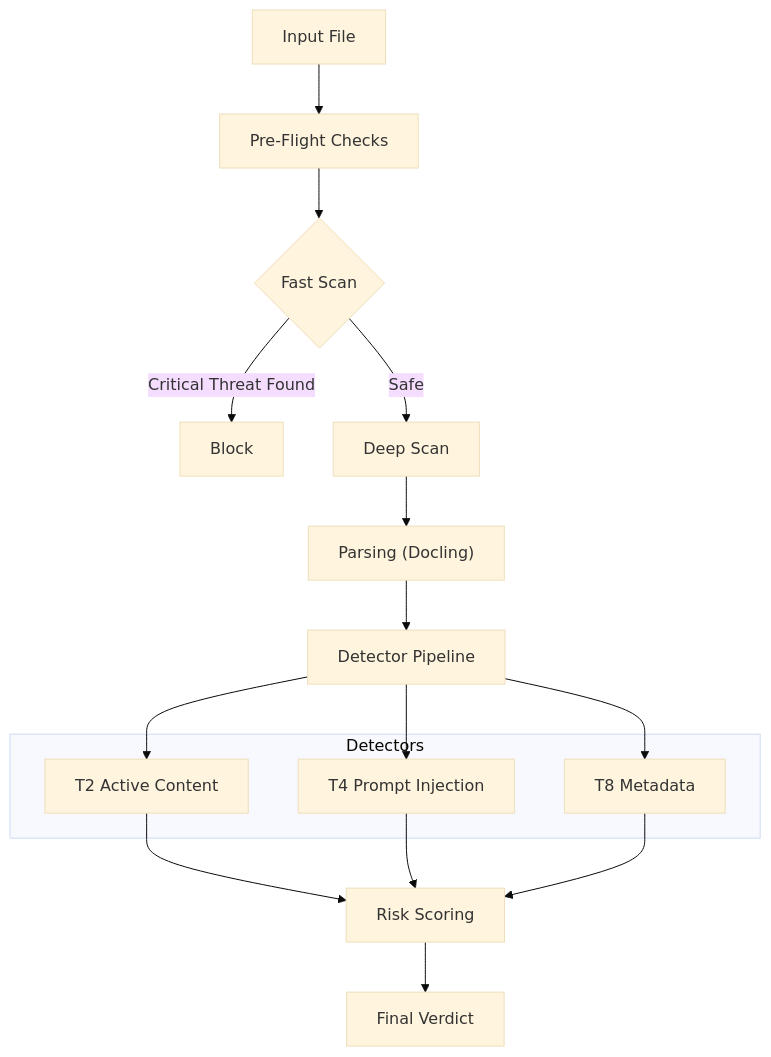
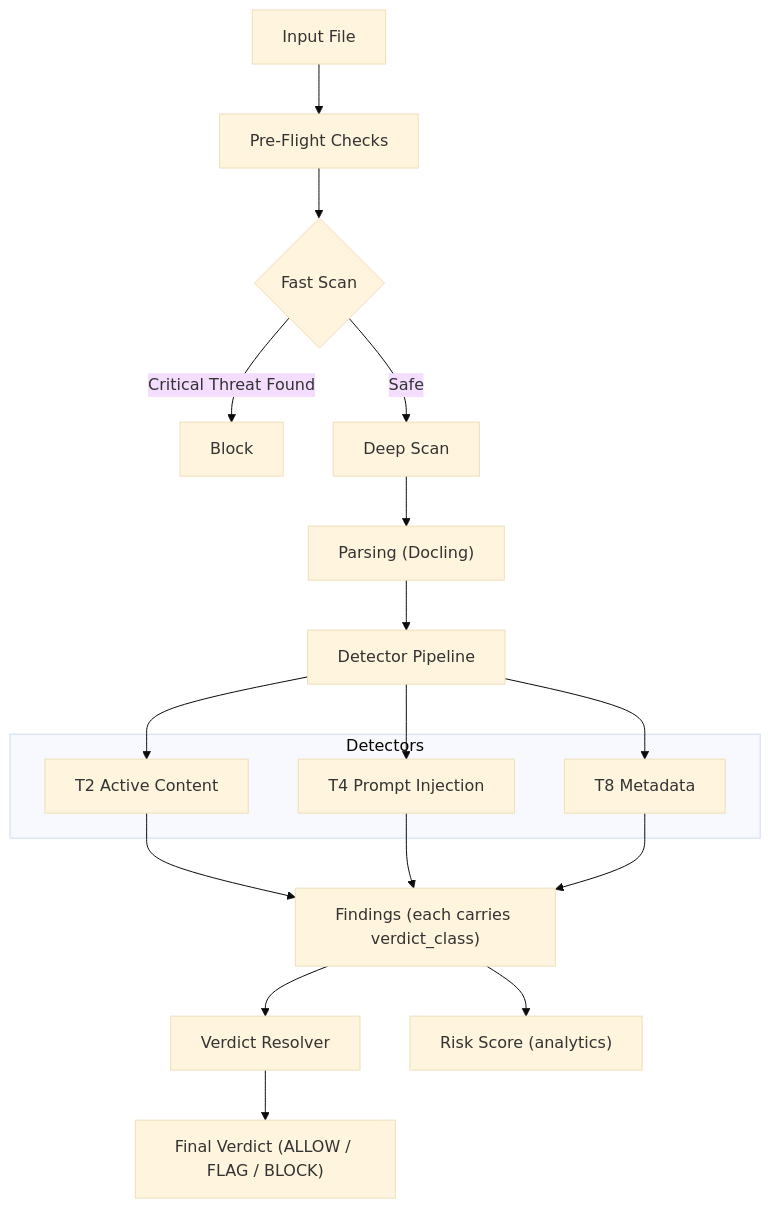
Before and after one commit to doc-firewall/doc-firewall: the diagram in docs/concepts/architecture.md, drawn with Mermaid (base theme). The commit also changed other lines of this file and 40 other files, not shown here.

````diff
--- a/docs/concepts/architecture.md
+++ b/docs/concepts/architecture.md
@@ -10,25 +10,27 @@
 ```mermaid
 graph TD
     A["Input File"] --> B["Pre-Flight Checks"]
     B --> C{"Fast Scan"}
     C -->|"Critical Threat Found"| D["Block"]
     C -->|"Safe"| E["Deep Scan"]
     E --> F["Parsing (Docling)"]
     F --> G["Detector Pipeline"]
     
     subgraph Detectors ["Detectors"]
         H["T2 Active Content"]
         I["T4 Prompt Injection"]
         J["T8 Metadata"]
     end
     
     G --> H
     G --> I
     G --> J
     
-    H --> K["Risk Scoring"]
+    H --> K["Findings (each carries verdict_class)"]
     I --> K
     J --> K
-    
-    K --> L["Final Verdict"]
+
+    K --> L["Verdict Resolver"]
+    L --> M["Final Verdict (ALLOW / FLAG / BLOCK)"]
+    K --> N["Risk Score (analytics)"]
 ```
````
